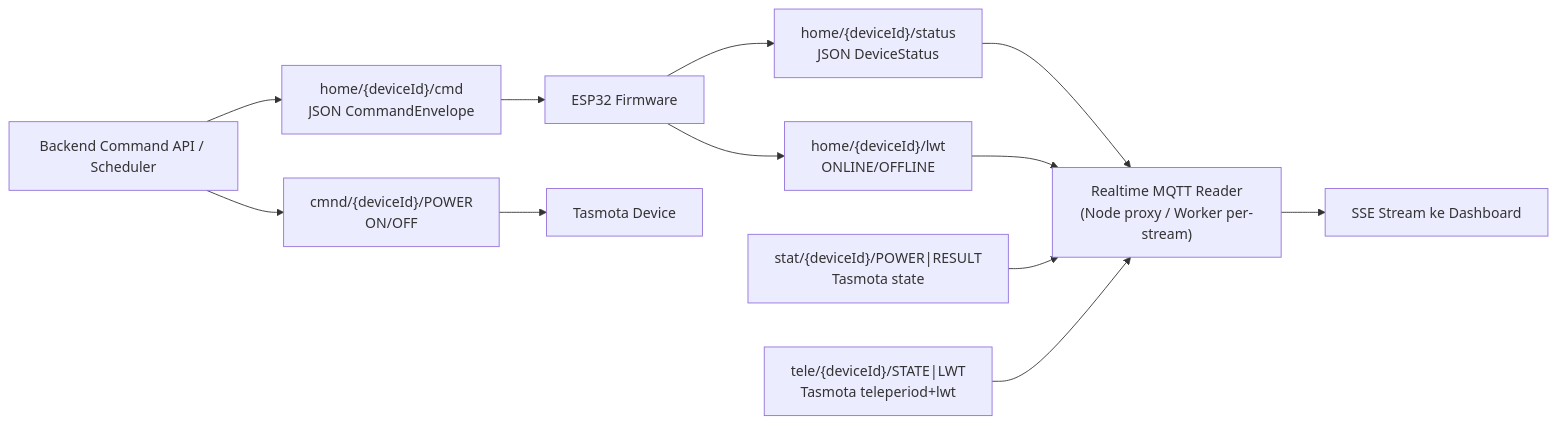
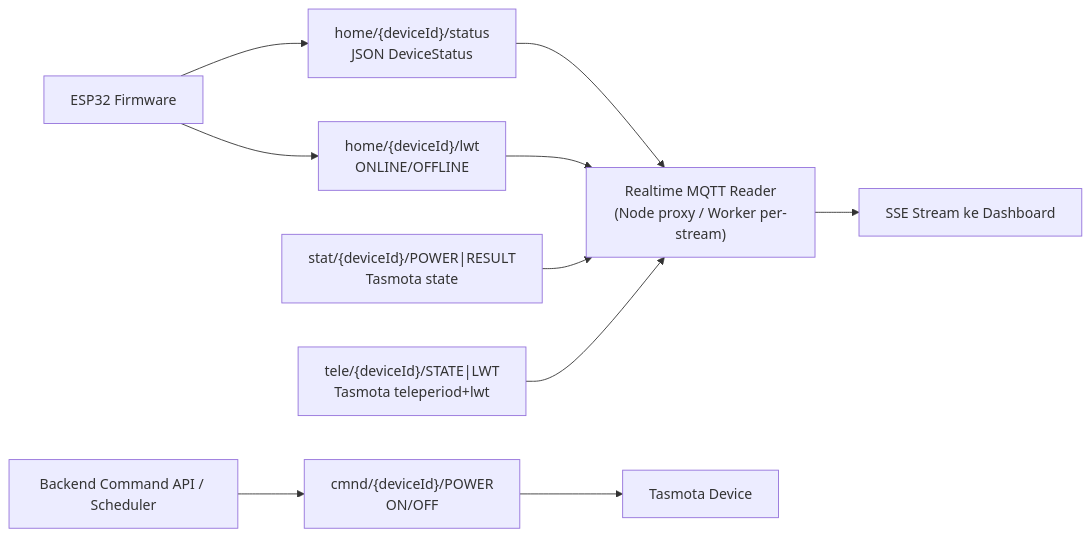
Before and after one commit to afaavimala/Lampu-PIntar-Rumah-Tangga: the second of 6 diagrams in docs/Diagram_Arsitektur_Ekosistem_SmartLamp.md, drawn with Mermaid. The commit also changed other lines of this file and 54 other files, not shown here.

````diff
--- a/docs/Diagram_Arsitektur_Ekosistem_SmartLamp.md
+++ b/docs/Diagram_Arsitektur_Ekosistem_SmartLamp.md
@@ -105,21 +105,18 @@
 ```mermaid
 flowchart LR
-  CMD["home/{deviceId}/cmd<br/>JSON CommandEnvelope"]
   STATUS["home/{deviceId}/status<br/>JSON DeviceStatus"]
   LWT["home/{deviceId}/lwt<br/>ONLINE/OFFLINE"]
   TCMND["cmnd/{deviceId}/POWER<br/>ON/OFF"]
   TSTAT["stat/{deviceId}/POWER|RESULT<br/>Tasmota state"]
   TTELE["tele/{deviceId}/STATE|LWT<br/>Tasmota teleperiod+lwt"]
 
-  API["Backend Command API / Scheduler"] --> CMD
-  API --> TCMND
+  API["Backend Command API / Scheduler"] --> TCMND
   ESP["ESP32 Firmware"] --> STATUS
   ESP --> LWT
-  CMD --> ESP
   STATUS --> RT["Realtime MQTT Reader<br/>(Node proxy / Worker per-stream)"]
   LWT --> RT
   TSTAT --> RT
   TTELE --> RT
   TCMND --> TASMOTA["Tasmota Device"]
   RT --> SSE["SSE Stream ke Dashboard"]
 ```
````
